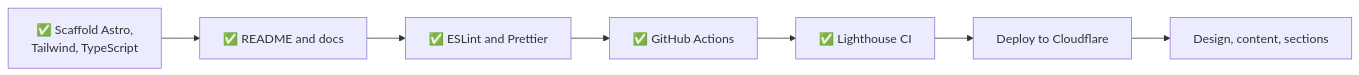
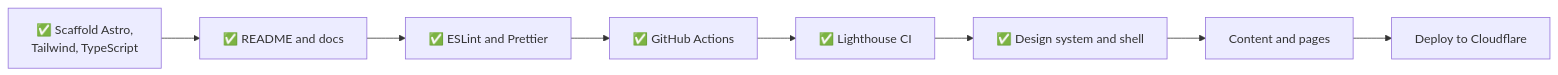
The diagram in README.md (FilipRokita/filiprokita.com), drawn with Mermaid before and after one commit. The commit also changed other lines of this file and 4 other files, not shown here.

Commit message:
Document the design system and update the tooling docs

````diff
--- a/README.md
+++ b/README.md
@@ -86,9 +86,10 @@
 ```mermaid
 flowchart LR
     A[✅ Scaffold Astro,<br/>Tailwind, TypeScript] --> B[✅ README and docs]
     B --> C[✅ ESLint and Prettier]
     C --> D[✅ GitHub Actions]
     D --> E[✅ Lighthouse CI]
-    E --> F[Deploy to Cloudflare]
-    F --> G[Design, content, sections]
+    E --> F[✅ Design system and shell]
+    F --> G[Content and pages]
+    G --> H[Deploy to Cloudflare]
 ```
````
